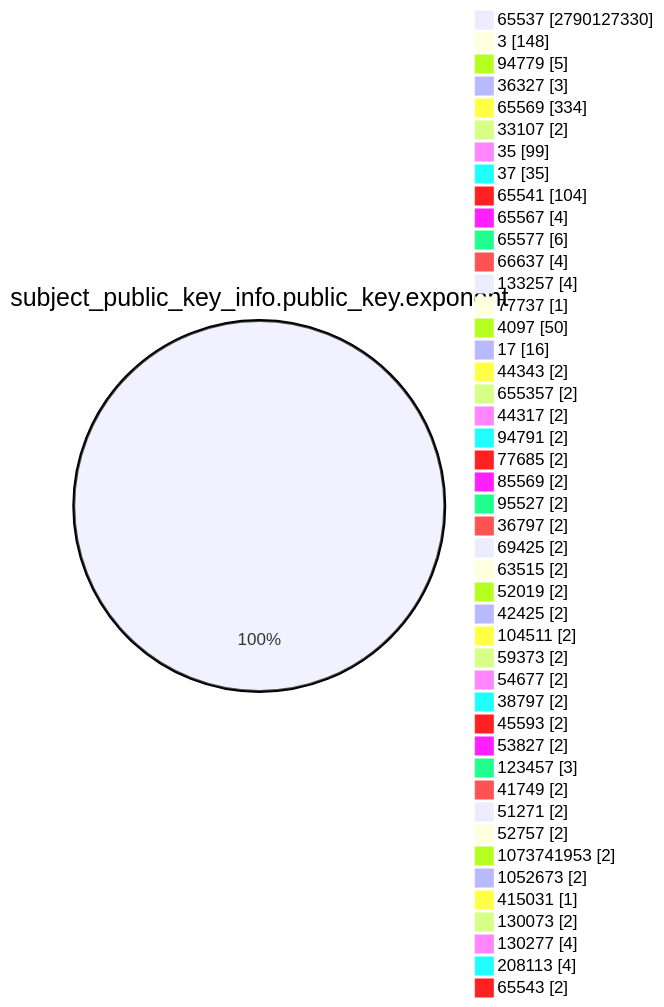
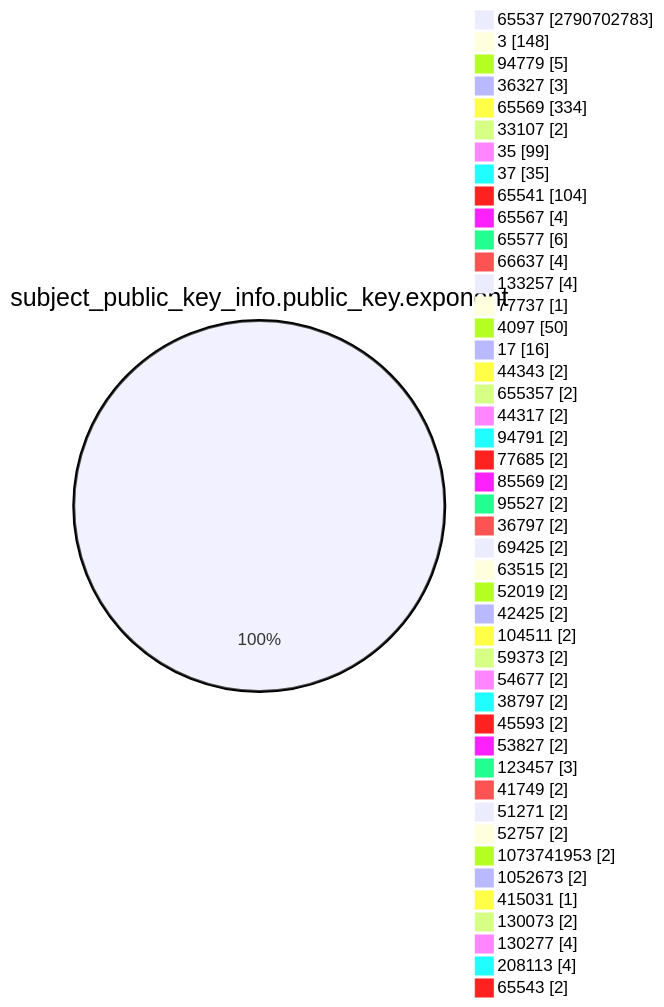
One commit to christiankrug/ctmonitor_visualization changed the fourth of 15 diagrams in TOTAL/README.md. Above: the diagram before and after it, drawn with Mermaid. The commit also changed other lines of this file, not shown here.

````diff
--- a/TOTAL/README.md
+++ b/TOTAL/README.md
@@ -1467,49 +1467,49 @@
 ```mermaid
 pie showData
 title subject_public_key_info.public_key.exponent
-"65537" :2790127330
+"65537" :2790702783
 "3" :148
 "94779" :5
 "36327" :3
 "65569" :334
 "33107" :2
 "35" :99
 "37" :35
 "65541" :104
 "65567" :4
 "65577" :6
 "66637" :4
 "133257" :4
 "77737" :1
 "4097" :50
 "17" :16
 "44343" :2
 "655357" :2
 "44317" :2
 "94791" :2
 "77685" :2
 "85569" :2
 "95527" :2
 "36797" :2
 "69425" :2
 "63515" :2
 "52019" :2
 "42425" :2
 "104511" :2
 "59373" :2
 "54677" :2
 "38797" :2
 "45593" :2
 "53827" :2
 "123457" :3
 "41749" :2
 "51271" :2
 "52757" :2
 "1073741953" :2
 "1052673" :2
 "415031" :1
 "130073" :2
 "130277" :4
 "208113" :4
 "65543" :2
 ```
````
